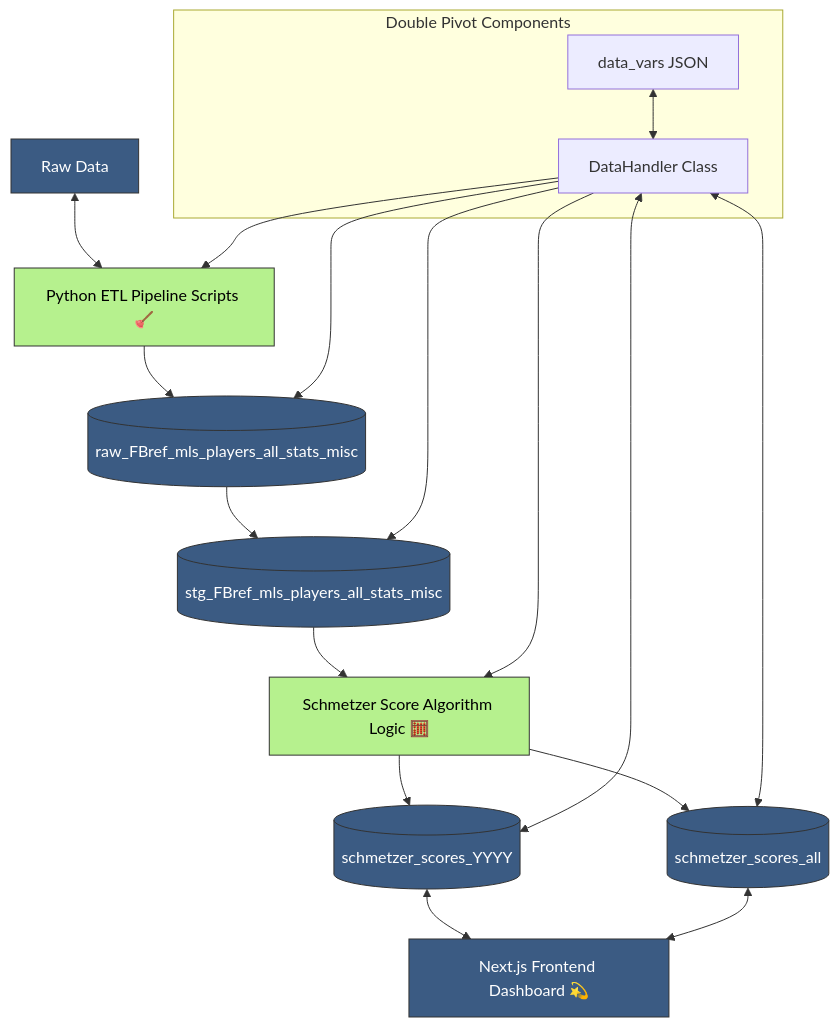
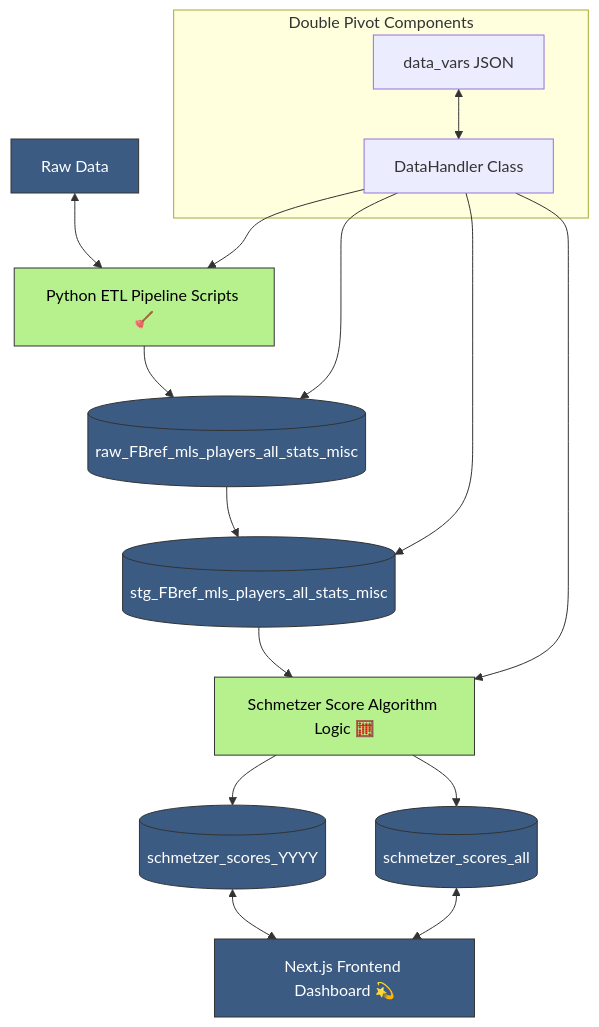
One commit to thenickedwards/duels_mapping changed the diagram in app-duels-mapping/public/data/README.md. Above: the diagram before and after it, drawn with Mermaid. The commit also changed other lines of this file, not shown here.

Commit message:
Tweaks to Mermaid flowchart

````diff
--- a/app-duels-mapping/public/data/README.md
+++ b/app-duels-mapping/public/data/README.md
@@ -52,28 +28,27 @@
 ```mermaid
 flowchart TD
     A[Raw Data] <--> B[Python ETL Pipeline Scripts 🪠]
     B --> C[(raw_FBref_mls_players_all_stats_misc)]
     C --> D[(stg_FBref_mls_players_all_stats_misc)]
     D --> E[Schmetzer Score Algorithm Logic 🧮]
-    E --> F[(schmetzer_scores_YYYY)]
-    E --> G[(schmetzer_scores_all)]
+    E --> F[(schmetzer_scores_YYYY)] & G[(schmetzer_scores_all)]
     F & G <--> H[Next.js Frontend Dashboard 💫]
 
     %% Supporting pivots
     subgraph PIVOTS [Double Pivot Components]
         I[data_vars JSON]
         J[DataHandler Class]
     end
     I <--> J
     J --> B
     J --> C
     J --> D
     J --> E
-    J <--> F & G
+
 
     %% styling legend
     classDef dataNode fill:#3b5b83,stroke:#333,stroke-width:1px,color:#fff;
     classDef logicNode fill:#b6f18e,stroke:#333,stroke-width:1px,color:#000;
     class A,C,D,F,G,H dataNode
     class B,E logicNode
 ```
````
